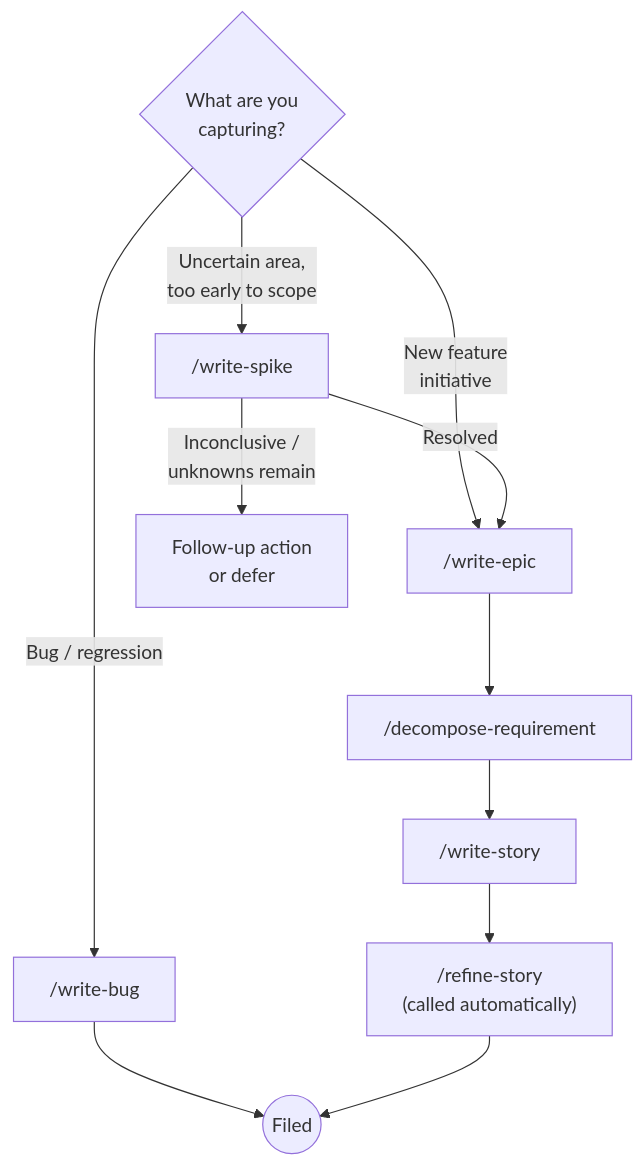
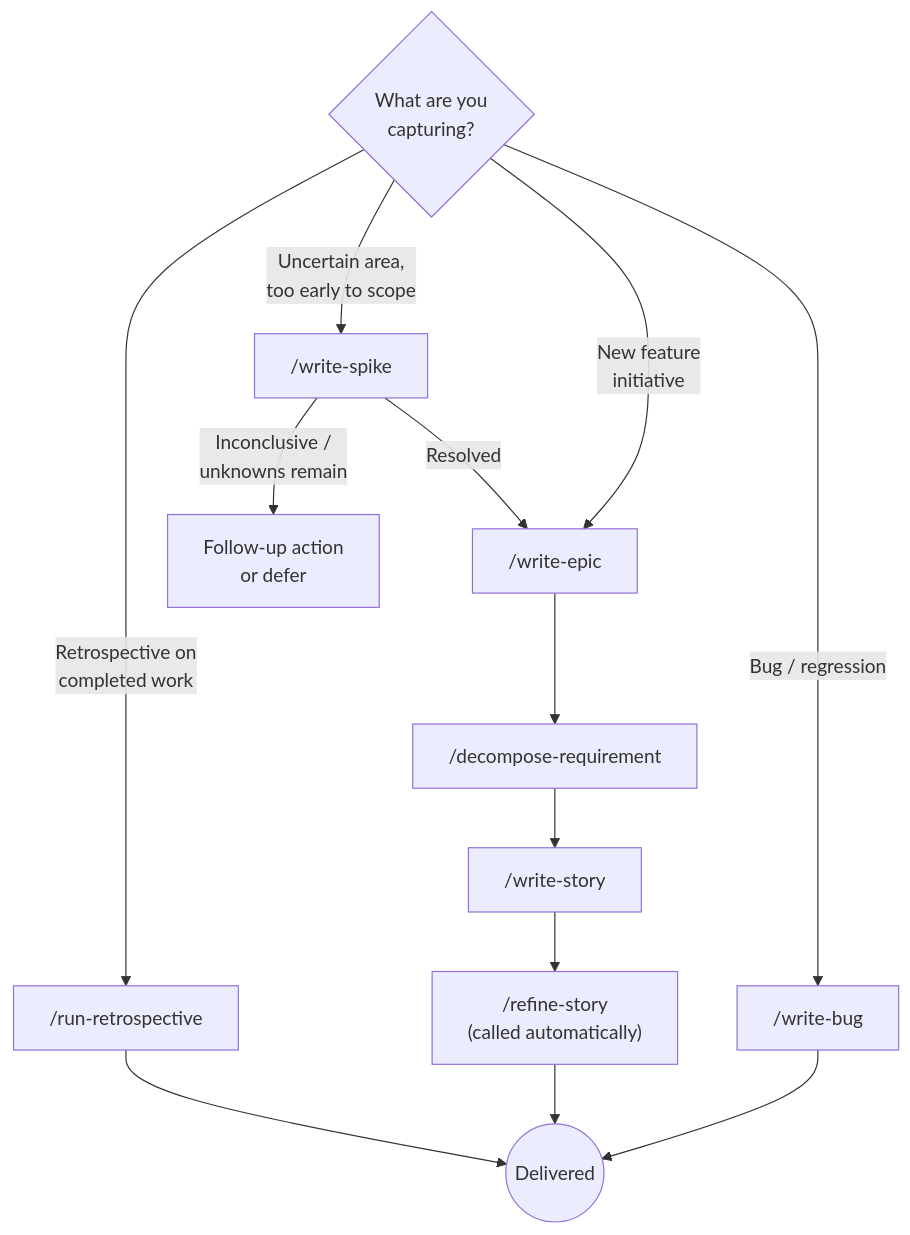
The first of 3 diagrams in plugins/product-ops/README.md (cpliakas/claude-code-digital-coworkers), drawn with Mermaid before and after one commit. The commit also changed other lines of this file and 3 other files, not shown here.

First line of the commit message:
feat: add run-retrospective skill to agile-coach agent (#51)

````diff
--- a/plugins/product-ops/README.md
+++ b/plugins/product-ops/README.md
@@ -118,14 +120,16 @@
 ```mermaid
 flowchart TD
     Start{"What are you<br/>capturing?"}
     Start -- "Uncertain area,<br/>too early to scope" --> WS["/write-spike"]
     Start -- "New feature<br/>initiative" --> WE["/write-epic"]
     Start -- "Bug / regression" --> WB["/write-bug"]
+    Start -- "Retrospective on<br/>completed work" --> RR["/run-retrospective"]
     WS -- "Resolved" --> WE
     WS -- "Inconclusive /<br/>unknowns remain" --> FU["Follow-up action<br/>or defer"]
     WE --> DR["/decompose-requirement"]
     DR --> WST["/write-story"]
     WST --> RS["/refine-story<br/>(called automatically)"]
-    WB --> Done(("Filed"))
+    WB --> Done(("Delivered"))
     RS --> Done
+    RR --> Done
 ```
````
